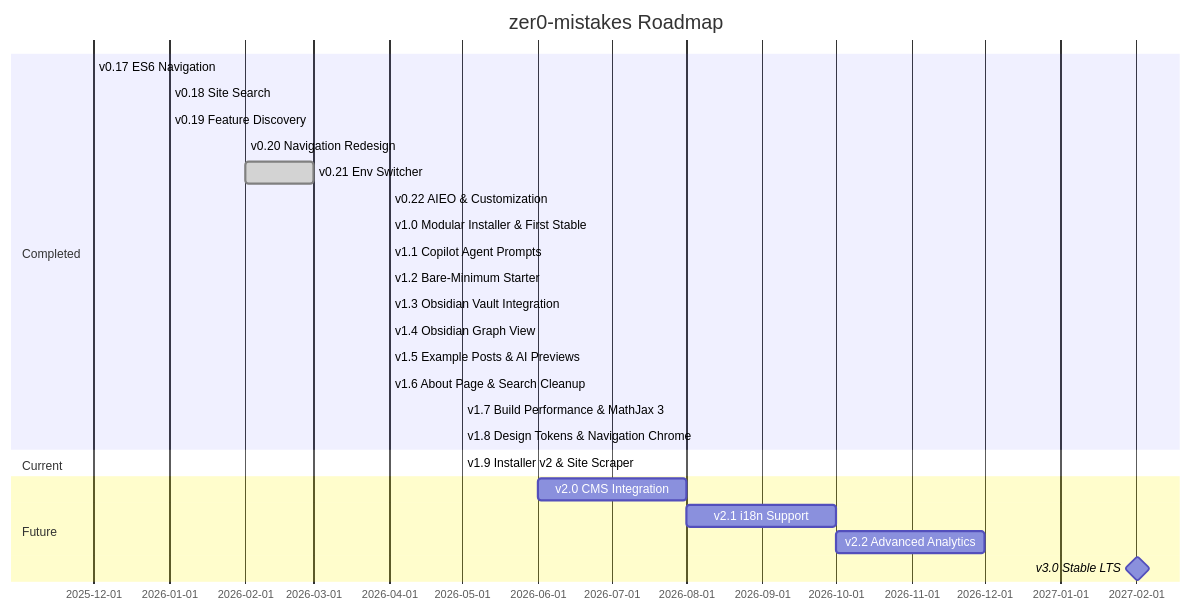
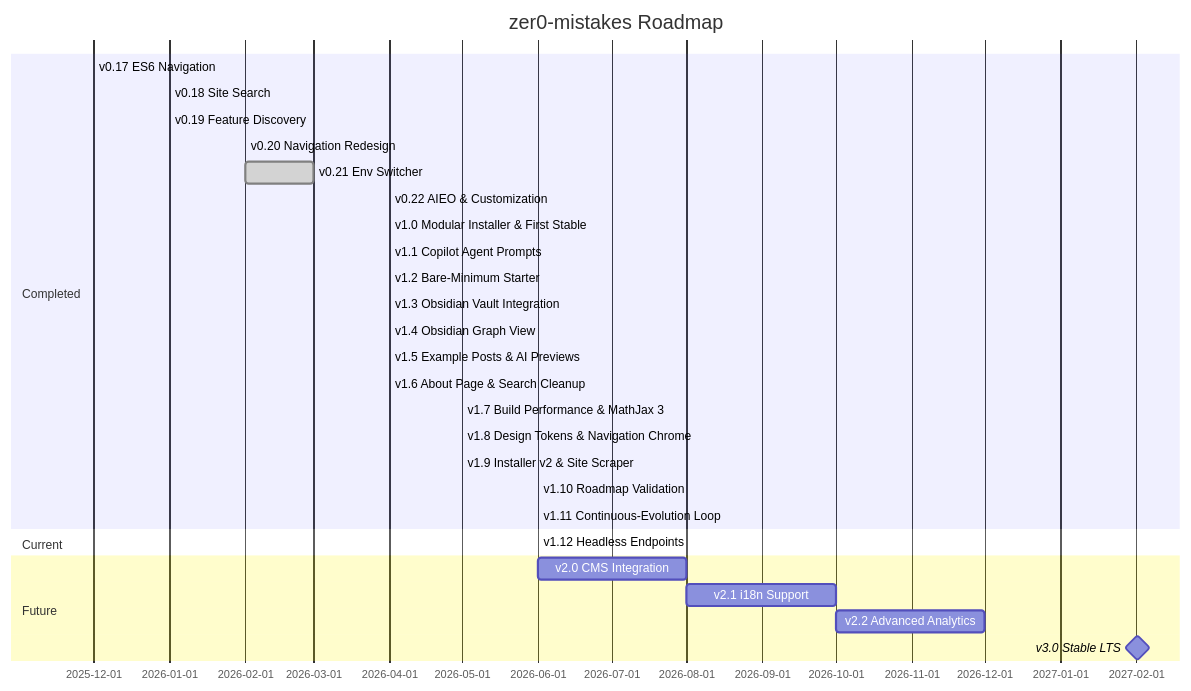
The diagram in packages/zer0-mistakes/README.md (bamr87/zer0-CMS), drawn with Mermaid before and after one commit. The commit also changed other lines of this file and 12 other files, not shown here.

First line of the commit message:
fix: repair failing test suites, validator crashes, and roadmap/changelog drift (bamr87/zer0-mistakes#132)

````diff
--- a/packages/zer0-mistakes/README.md
+++ b/packages/zer0-mistakes/README.md
@@ -810,28 +810,31 @@
 ```mermaid
 gantt
     title zer0-mistakes Roadmap
     dateFormat YYYY-MM
     section Completed
     v0.17 ES6 Navigation         :done, 2025-12, 2025-12
     v0.18 Site Search            :done, 2026-01, 2026-01
     v0.19 Feature Discovery      :done, 2026-01, 2026-01
     v0.20 Navigation Redesign    :done, 2026-02, 2026-02
     v0.21 Env Switcher           :done, 2026-02, 2026-03
     v0.22 AIEO & Customization   :done, 2026-04, 2026-04
     v1.0 Modular Installer & First Stable :done, 2026-04, 2026-04
     v1.1 Copilot Agent Prompts   :done, 2026-04, 2026-04
     v1.2 Bare-Minimum Starter    :done, 2026-04, 2026-04
     v1.3 Obsidian Vault Integration :done, 2026-04, 2026-04
     v1.4 Obsidian Graph View     :done, 2026-04, 2026-04
     v1.5 Example Posts & AI Previews :done, 2026-04, 2026-04
     v1.6 About Page & Search Cleanup :done, 2026-04, 2026-04
     v1.7 Build Performance & MathJax 3 :done, 2026-05, 2026-05
     v1.8 Design Tokens & Navigation Chrome :done, 2026-05, 2026-05
+    v1.9 Installer v2 & Site Scraper :done, 2026-05, 2026-05
+    v1.10 Roadmap Validation     :done, 2026-06, 2026-06
+    v1.11 Continuous-Evolution Loop :done, 2026-06, 2026-06
     section Current
-    v1.9 Installer v2 & Site Scraper :active, 2026-05, 2026-05
+    v1.12 Headless Endpoints     :active, 2026-06, 2026-06
     section Future
     v2.0 CMS Integration         :2026-06, 2026-08
     v2.1 i18n Support            :2026-08, 2026-10
     v2.2 Advanced Analytics      :2026-10, 2026-12
     v3.0 Stable LTS              :milestone, 2027-02, 1d
 ```
````
